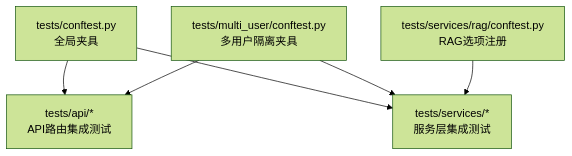
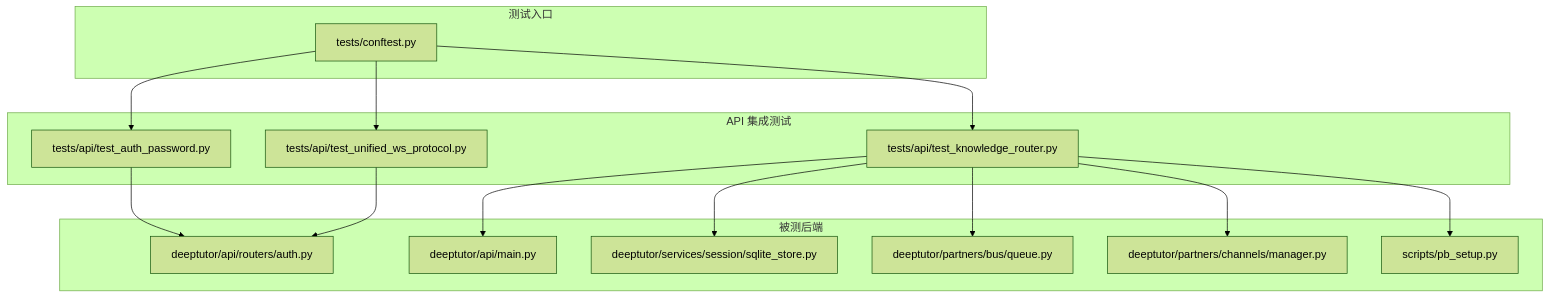
The first of 9 diagrams in .qoder/repowiki/zh/content/测试策略/集成测试.md (gongzili456/DeepTutor), drawn with Mermaid (forest theme) before and after one commit. The commit also changed other lines of this file and 1242 other files, not shown here.

````diff
--- a/.qoder/repowiki/zh/content/测试策略/集成测试.md
+++ b/.qoder/repowiki/zh/content/测试策略/集成测试.md
@@ -36,8 +41,29 @@
 ```mermaid
 graph TB
-A["tests/conftest.py<br/>全局夹具"] --> B["tests/api/*<br/>API路由集成测试"]
-A --> C["tests/services/*<br/>服务层集成测试"]
-D["tests/multi_user/conftest.py<br/>多用户隔离夹具"] --> B
-D --> C
-E["tests/services/rag/conftest.py<br/>RAG选项注册"] --> C
+subgraph "测试入口"
+ROOT_CONF["tests/conftest.py"]
+end
+subgraph "API 集成测试"
+AUTH_PW["tests/api/test_auth_password.py"]
+WS_PROTO["tests/api/test_unified_ws_protocol.py"]
+KB_ROUTER["tests/api/test_knowledge_router.py"]
+end
+subgraph "被测后端"
+AUTH_ROU["deeptutor/api/routers/auth.py"]
+API_MAIN["deeptutor/api/main.py"]
+SQLITE_STORE["deeptutor/services/session/sqlite_store.py"]
+MSG_BUS["deeptutor/partners/bus/queue.py"]
+CHAN_MGR["deeptutor/partners/channels/manager.py"]
+PB_SETUP["scripts/pb_setup.py"]
+end
+ROOT_CONF --> AUTH_PW
+ROOT_CONF --> WS_PROTO
+ROOT_CONF --> KB_ROUTER
+AUTH_PW --> AUTH_ROU
+WS_PROTO --> AUTH_ROU
+KB_ROUTER --> API_MAIN
+KB_ROUTER --> SQLITE_STORE
+KB_ROUTER --> MSG_BUS
+KB_ROUTER --> CHAN_MGR
+KB_ROUTER --> PB_SETUP
 ```
````
